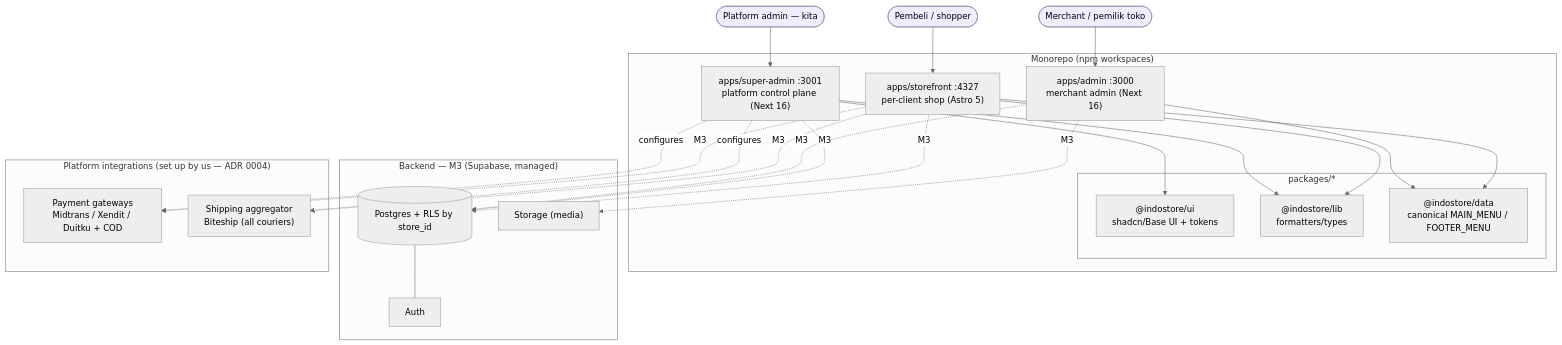
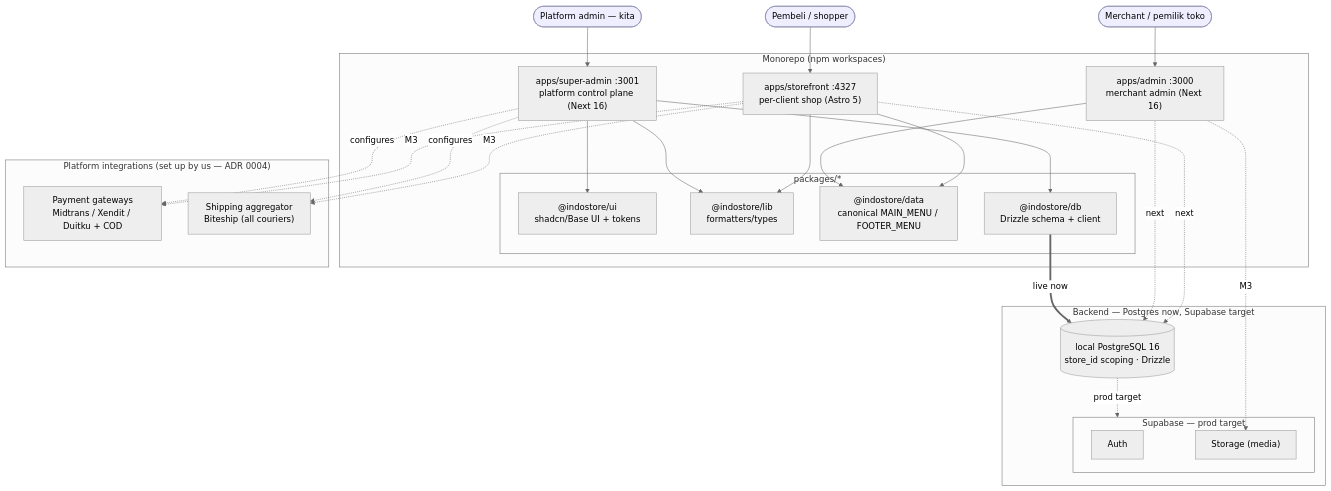
The first of 11 diagrams in specs/docs/UML.md (ongkipro/tokophi), drawn with Mermaid (neutral theme) before and after one commit. The commit also changed other lines of this file and 8 other files, not shown here.

First line of the commit message:
docs: backend + per-client topology (ADR 0007/0008)

````diff
--- a/specs/docs/UML.md
+++ b/specs/docs/UML.md
@@ -10,50 +10,54 @@
 ```mermaid
 graph TB
   Shopper([Pembeli / shopper]):::user
   Merchant([Merchant / pemilik toko]):::user
   PlatformAdmin([Platform admin — kita]):::user
 
   subgraph Monorepo["Monorepo (npm workspaces)"]
     Admin["apps/admin :3000<br/>merchant admin (Next 16)"]
     SuperAdmin["apps/super-admin :3001<br/>platform control plane (Next 16)"]
     Storefront["apps/storefront :4327<br/>per-client shop (Astro 5)"]
     subgraph Packages["packages/*"]
       UI["@indostore/ui<br/>shadcn/Base UI + tokens"]
       Lib["@indostore/lib<br/>formatters/types"]
       Data["@indostore/data<br/>canonical MAIN_MENU / FOOTER_MENU"]
+      Db["@indostore/db<br/>Drizzle schema + client"]
     end
   end
 
-  subgraph Backend["Backend — M3 (Supabase, managed)"]
-    Auth["Auth"]
-    DB[("Postgres + RLS by store_id")]
-    Storage["Storage (media)"]
+  subgraph Backend["Backend — Postgres now, Supabase target"]
+    PGSQL[("local PostgreSQL 16<br/>store_id scoping · Drizzle")]
+    subgraph Sb["Supabase — prod target"]
+      Auth["Auth"]
+      Storage["Storage (media)"]
+    end
   end
 
   subgraph Integrations["Platform integrations (set up by us — ADR 0004)"]
     PG["Payment gateways<br/>Midtrans / Xendit / Duitku + COD"]
     AGG["Shipping aggregator<br/>Biteship (all couriers)"]
   end
 
   Shopper --> Storefront
   Merchant --> Admin
   PlatformAdmin --> SuperAdmin
 
   SuperAdmin --> UI
   SuperAdmin --> Lib
   Admin --> Data
   Storefront --> Lib
   Storefront --> Data
 
-  Admin -. M3 .-> DB
-  SuperAdmin -. M3 .-> DB
-  Storefront -. M3 .-> DB
-  DB --- Auth
+  SuperAdmin --> Db
+  Db ==>|live now| PGSQL
+  Admin -. next .-> PGSQL
+  Storefront -. next .-> PGSQL
+  PGSQL -. prod target .-> Sb
   Admin -. M3 .-> Storage
   SuperAdmin -. configures .-> PG
   SuperAdmin -. configures .-> AGG
   Storefront -. M3 .-> PG
   Storefront -. M3 .-> AGG
 
   classDef user fill:#eef,stroke:#88a;
 ```
````
